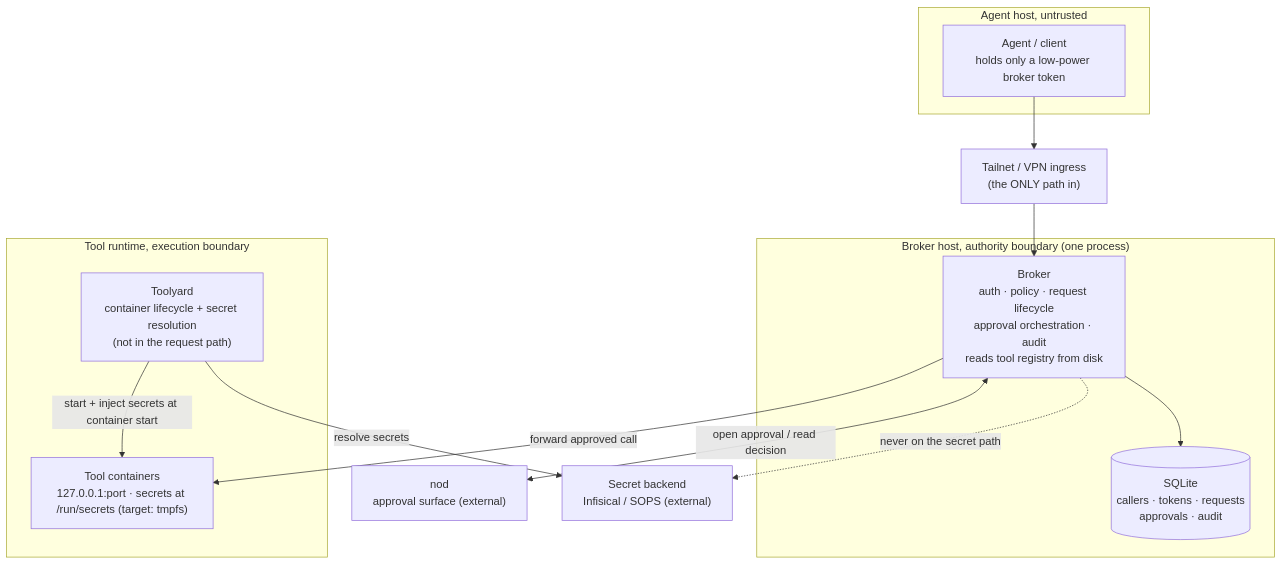
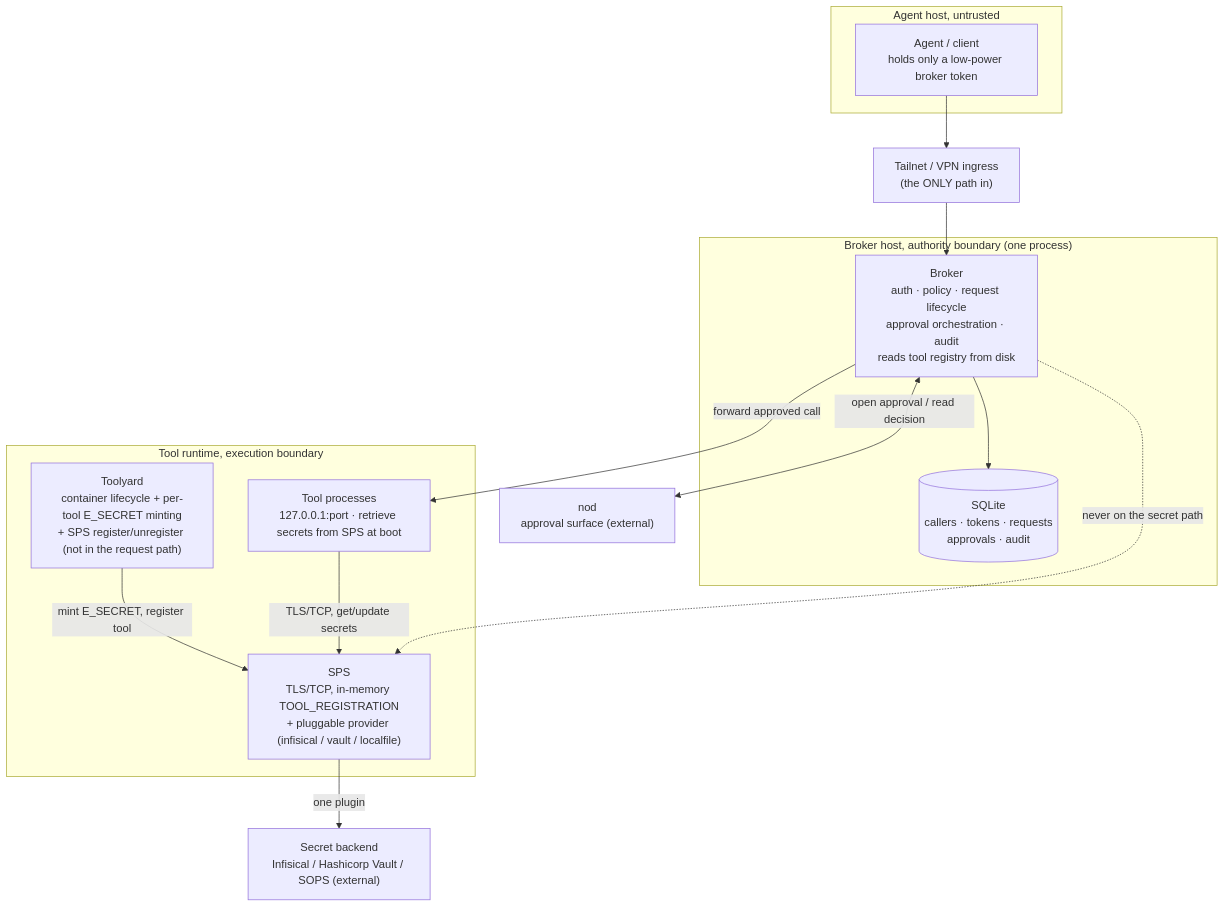
Before and after one commit to batteryshark/Toolstack: the first of 2 diagrams in docs/component-decomposition.md, drawn with Mermaid. The commit also changed other lines of this file and 3 other files, not shown here.

````diff
--- a/docs/component-decomposition.md
+++ b/docs/component-decomposition.md
@@ -12,29 +12,31 @@
 ```mermaid
 flowchart TB
     subgraph Untrusted["Agent host, untrusted"]
         Agent["Agent / client<br/>holds only a low-power broker token"]
     end
 
     Ingress["Tailnet / VPN ingress<br/>(the ONLY path in)"]
 
     subgraph BrokerHost["Broker host, authority boundary (one process)"]
         Broker["Broker<br/>auth · policy · request lifecycle<br/>approval orchestration · audit<br/>reads tool registry from disk"]
         DB[("SQLite<br/>callers · tokens · requests<br/>approvals · audit")]
     end
 
     subgraph Workload["Tool runtime, execution boundary"]
-        Toolyard["Toolyard<br/>container lifecycle + secret resolution<br/>(not in the request path)"]
-        Tools["Tool containers<br/>127.0.0.1:port · secrets at /run/secrets (target: tmpfs)"]
+        Toolyard["Toolyard<br/>container lifecycle + per-tool E_SECRET minting<br/>+ SPS register/unregister (not in the request path)"]
+        Tools["Tool processes<br/>127.0.0.1:port · retrieve secrets from SPS at boot"]
+        SPS["SPS<br/>TLS/TCP, in-memory TOOL_REGISTRATION<br/>+ pluggable provider (infisical / vault / localfile)"]
     end
 
     Nod["nod<br/>approval surface (external)"]
-    Vault["Secret backend<br/>Infisical / SOPS (external)"]
+    Vault["Secret backend<br/>Infisical / Hashicorp Vault / SOPS (external)"]
 
     Agent --> Ingress --> Broker
     Broker --> DB
     Broker -->|forward approved call| Tools
-    Toolyard -->|start + inject secrets at container start| Tools
+    Toolyard -->|mint E_SECRET, register tool| SPS
+    Tools -->|TLS/TCP, get/update secrets| SPS
+    SPS -->|one plugin| Vault
     Broker <-->|open approval / read decision| Nod
-    Toolyard -->|resolve secrets| Vault
-    Broker -. never on the secret path .-> Vault
+    Broker -. never on the secret path .-> SPS
 ```
````
